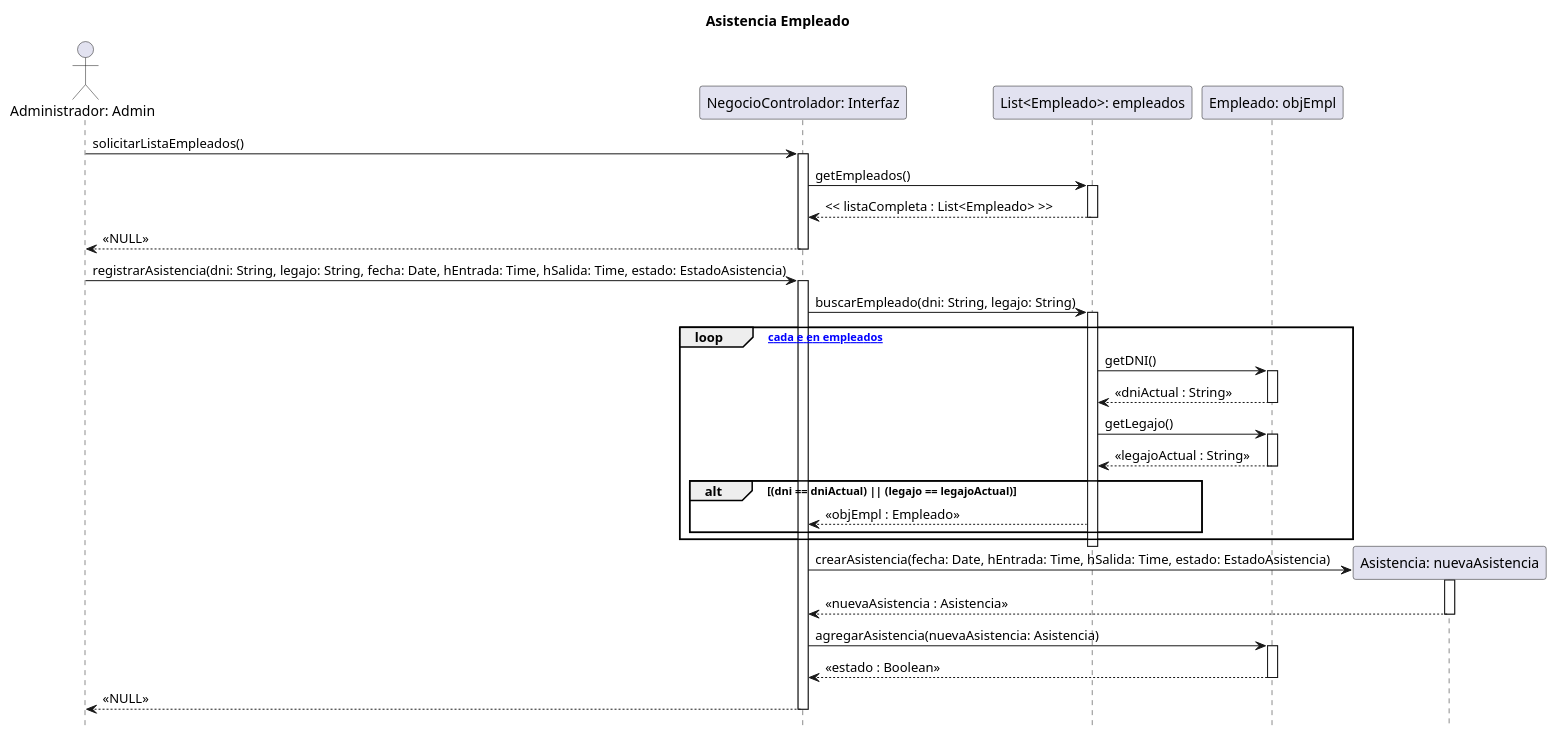
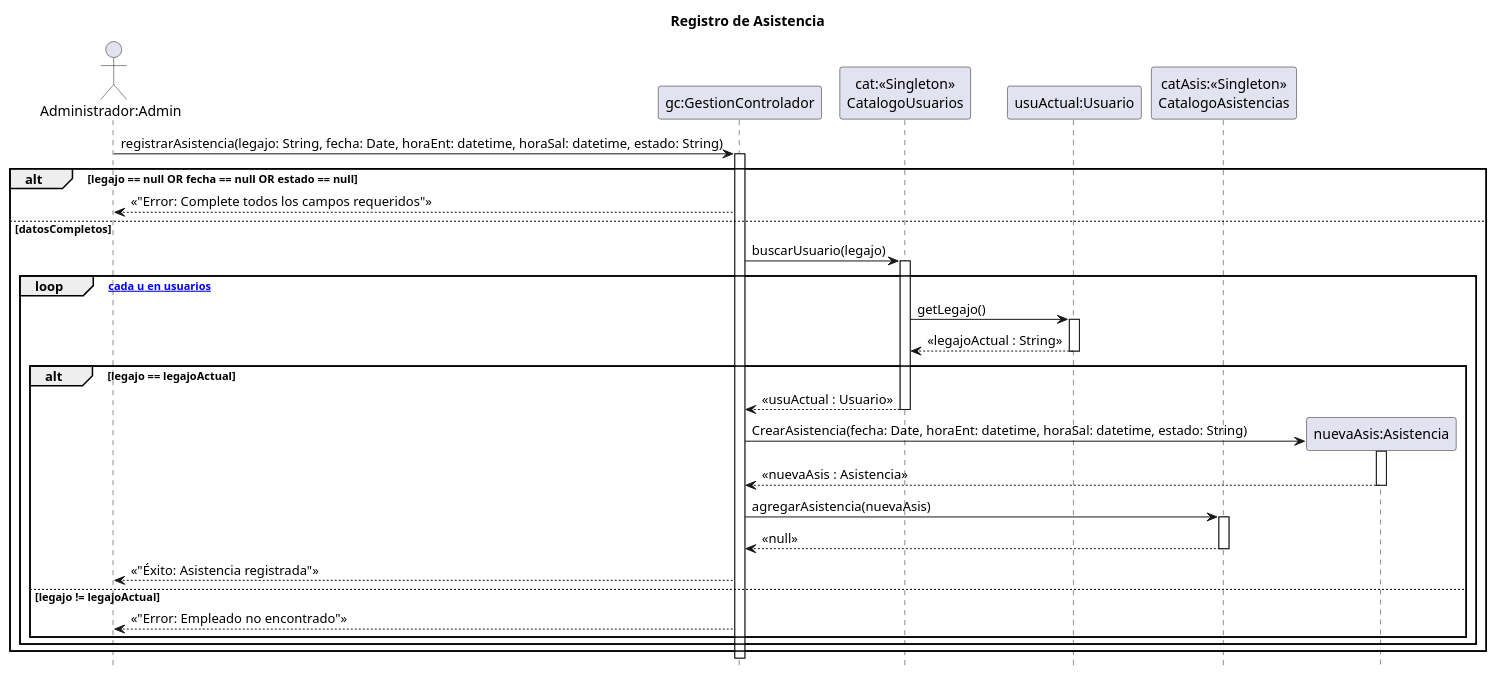
Before and after one commit to zEzequR/PF-I: the diagram in 08 - Diagramas de Secuencia de Diseño/AsistenciaEmpleados/asistenciaEmpleados.puml, drawn with PlantUML. The commit also changed 1 other file, not shown here.

Commit message:
asistencia

```diff
--- a/08 - Diagramas de Secuencia de Diseño/AsistenciaEmpleados/asistenciaEmpleados.puml
+++ b/08 - Diagramas de Secuencia de Diseño/AsistenciaEmpleados/asistenciaEmpleados.puml
@@ -1,60 +1,57 @@
 @startuml
-title Asistencia Empleado
+title Registro de Asistencia
 
 hide footbox
 
-actor "Administrador: Admin" as admin
-participant "NegocioControlador: Interfaz" as NegCtrl
-participant "List<Empleado>: empleados" as listaEmpls
-participant "Empleado: objEmpl" as empl
-participant "Asistencia: nuevaAsistencia" as asis
+actor "Administrador:Admin" as admin
+participant "gc:GestionControlador" as ctrl
+participant "cat:<<Singleton>>\nCatalogoUsuarios" as cat
+participant "usuActual:Usuario" as usu_actual
+participant "catAsis:<<Singleton>>\nCatalogoAsistencias" as cat_asis
 
-admin -> NegCtrl : solicitarListaEmpleados()
-activate NegCtrl
+admin -> ctrl : registrarAsistencia(legajo: String, fecha: Date, horaEnt: datetime, horaSal: datetime, estado: String)
+activate ctrl
 
-    NegCtrl -> listaEmpls : getEmpleados()
-    activate listaEmpls
-    listaEmpls --> NegCtrl : << listaCompleta : List<Empleado> >>
-    deactivate listaEmpls
+alt legajo == null OR fecha == null OR estado == null
+    ctrl --> admin : << "Error: Complete todos los campos requeridos" >>
 
-NegCtrl --> admin : <<NULL>>
-deactivate NegCtrl
+else datosCompletos
+    
+    ctrl -> cat : buscarUsuario(legajo)
+    activate cat
 
-admin -> NegCtrl : registrarAsistencia(dni: String, legajo: String, fecha: Date, hEntrada: Time, hSalida: Time, estado: EstadoAsistencia)
-activate NegCtrl
+    loop [para cada u en usuarios]
+        cat -> usu_actual : getLegajo()
+        activate usu_actual
+        usu_actual --> cat : << legajoActual : String >>
+        deactivate usu_actual
+        
+        alt legajo == legajoActual
+            cat --> ctrl : << usuActual : Usuario >>
+            deactivate cat
+            
+            create participant "nuevaAsis:Asistencia" as nueva_asis
+            ctrl -> nueva_asis : CrearAsistencia(fecha: Date, horaEnt: datetime, horaSal: datetime, estado: String)
+            activate nueva_asis
+            nueva_asis --> ctrl : << nuevaAsis : Asistencia >>
+            deactivate nueva_asis
+            
+            ctrl -> cat_asis : agregarAsistencia(nuevaAsis)
+            activate cat_asis
+            cat_asis --> ctrl : << null >>
+            deactivate cat_asis
+            
+            ctrl --> admin : << "Éxito: Asistencia registrada" >>
 
-    NegCtrl -> listaEmpls : buscarEmpleado(dni: String, legajo: String)
-    activate listaEmpls
-    
-    loop [para cada e en empleados]
-        listaEmpls -> empl : getDNI()
-        activate empl
-        empl --> listaEmpls : << dniActual : String >>
-        deactivate empl
-        
-        listaEmpls -> empl : getLegajo()
-        activate empl
-        empl --> listaEmpls : << legajoActual : String >>
-        deactivate empl
-        
-        alt (dni == dniActual) || (legajo == legajoActual)
-            listaEmpls --> NegCtrl : << objEmpl : Empleado >>
+        else legajo != legajoActual
+
+            deactivate cat
+
+            ctrl --> admin : << "Error: Empleado no encontrado" >>
+            
         end
     end
-    deactivate listaEmpls
+end
 
-    NegCtrl -> asis ** : crearAsistencia(fecha: Date, hEntrada: Time, hSalida: Time, estado: EstadoAsistencia)
-    activate asis
-    asis --> NegCtrl : << nuevaAsistencia : Asistencia >>
-    deactivate asis
-
-    NegCtrl -> empl : agregarAsistencia(nuevaAsistencia: Asistencia)
-    activate empl
-
-    empl --> NegCtrl : << estado : Boolean >>
-    deactivate empl
-
-NegCtrl --> admin : <<NULL>>
-deactivate NegCtrl
-
+deactivate ctrl
 @enduml
```
